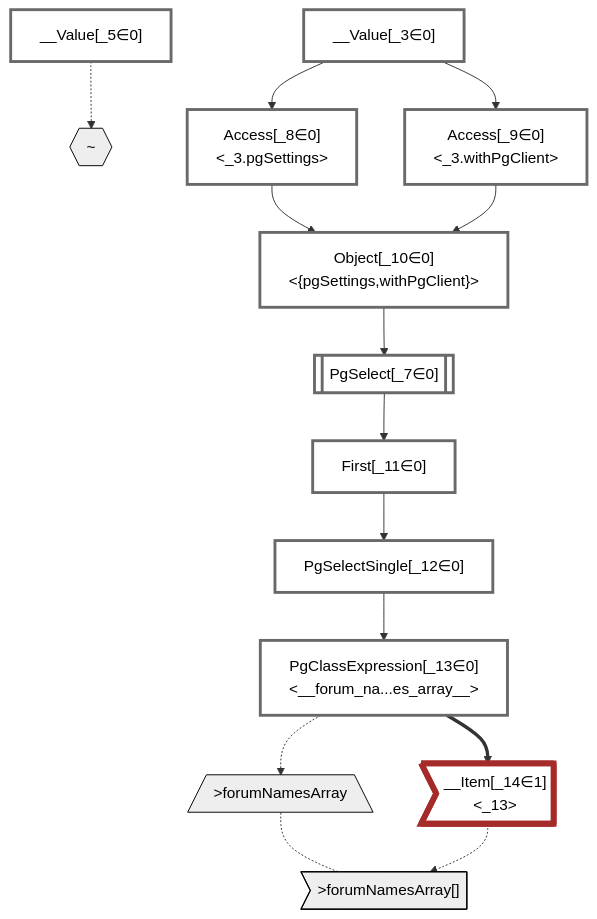
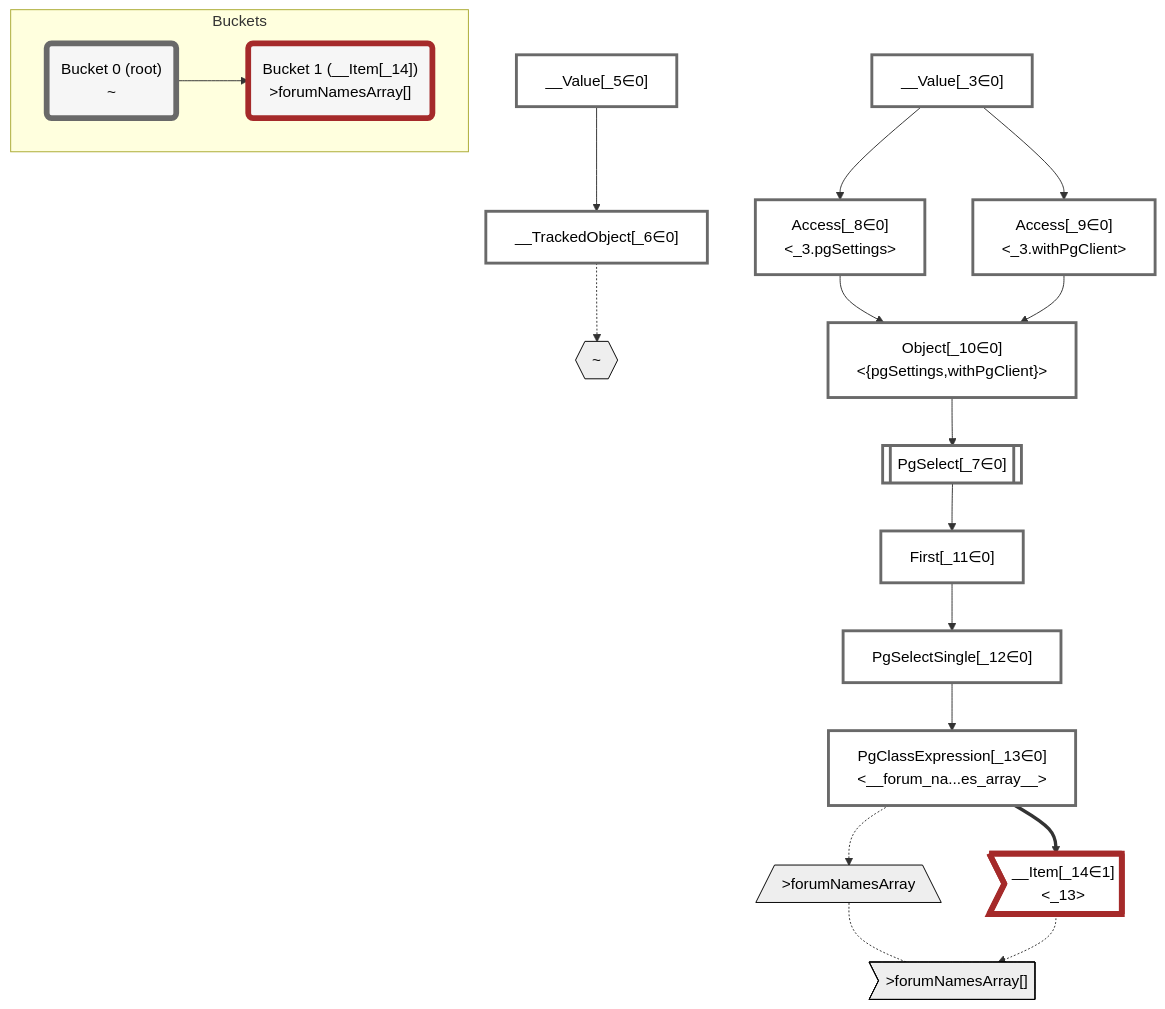
One commit to graphile/crystal changed the diagram in packages/dataplan-pg/__tests__/queries/functions/custom-query-forum-names-array.deopt.mermaid.md. Above: the diagram before and after it, drawn with Mermaid. The commit also changed 195 other files, not shown here.

````diff
--- a/packages/dataplan-pg/__tests__/queries/functions/custom-query-forum-names-array.deopt.mermaid.md
+++ b/packages/dataplan-pg/__tests__/queries/functions/custom-query-forum-names-array.deopt.mermaid.md
@@ -1,49 +1,60 @@
 ```mermaid
 graph TD
     classDef path fill:#eee,stroke:#000,color:#000
     classDef plan fill:#fff,stroke-width:3px,color:#000
     classDef itemplan fill:#fff,stroke-width:6px,color:#000
     classDef sideeffectplan fill:#f00,stroke-width:6px,color:#000
+    classDef bucket fill:#f6f6f6,color:#000,stroke-width:6px
 
     %% subgraph fields
     P1{{"~"}}:::path
     P2[/">forumNamesArray"\]:::path
     P3>">forumNamesArray[]"]:::path
     P2 -.- P3
     %% P1 -.-> P2
     %% end
 
     %% define plans
     __Value_3["__Value[_3∈0]<br /><context>"]:::plan
     __Value_5["__Value[_5∈0]<br /><rootValue>"]:::plan
+    __TrackedObject_6["__TrackedObject[_6∈0]"]:::plan
     PgSelect_7[["PgSelect[_7∈0]<br /><forum_names_array>"]]:::plan
     Access_8["Access[_8∈0]<br /><_3.pgSettings>"]:::plan
     Access_9["Access[_9∈0]<br /><_3.withPgClient>"]:::plan
     Object_10["Object[_10∈0]<br /><{pgSettings,withPgClient}>"]:::plan
     First_11["First[_11∈0]"]:::plan
     PgSelectSingle_12["PgSelectSingle[_12∈0]<br /><forum_names_array>"]:::plan
     PgClassExpression_13["PgClassExpression[_13∈0]<br /><__forum_na...es_array__>"]:::plan
     __Item_14>"__Item[_14∈1]<br /><_13>"]:::itemplan
 
     %% plan dependencies
+    __Value_5 --> __TrackedObject_6
     Object_10 --> PgSelect_7
     __Value_3 --> Access_8
     __Value_3 --> Access_9
     Access_8 --> Object_10
     Access_9 --> Object_10
     PgSelect_7 --> First_11
     First_11 --> PgSelectSingle_12
     PgSelectSingle_12 --> PgClassExpression_13
     PgClassExpression_13 ==> __Item_14
 
     %% plan-to-path relationships
-    __Value_5 -.-> P1
+    __TrackedObject_6 -.-> P1
     PgClassExpression_13 -.-> P2
     __Item_14 -.-> P3
 
     %% allocate buckets
     classDef bucket0 stroke:#696969
-    class __Value_3,__Value_5,PgSelect_7,Access_8,Access_9,Object_10,First_11,PgSelectSingle_12,PgClassExpression_13 bucket0
+    class __Value_3,__Value_5,__TrackedObject_6,PgSelect_7,Access_8,Access_9,Object_10,First_11,PgSelectSingle_12,PgClassExpression_13 bucket0
     classDef bucket1 stroke:#a52a2a
     class __Item_14 bucket1
+
+    subgraph Buckets
+    Bucket0("Bucket 0 (root)<br />~"):::bucket
+    style Bucket0 stroke:#696969
+    Bucket1("Bucket 1 (__Item[_14])<br />>forumNamesArray[]"):::bucket
+    style Bucket1 stroke:#a52a2a
+    Bucket0 --> Bucket1
+    end
 ```
````
